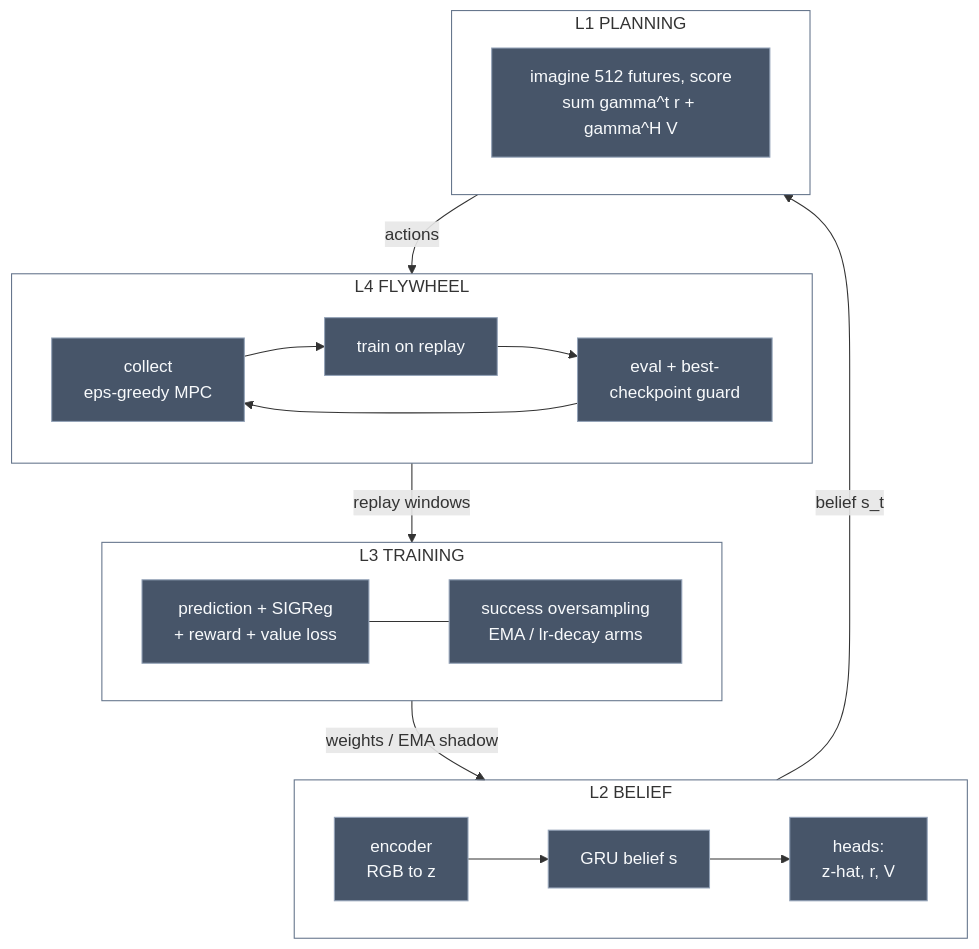
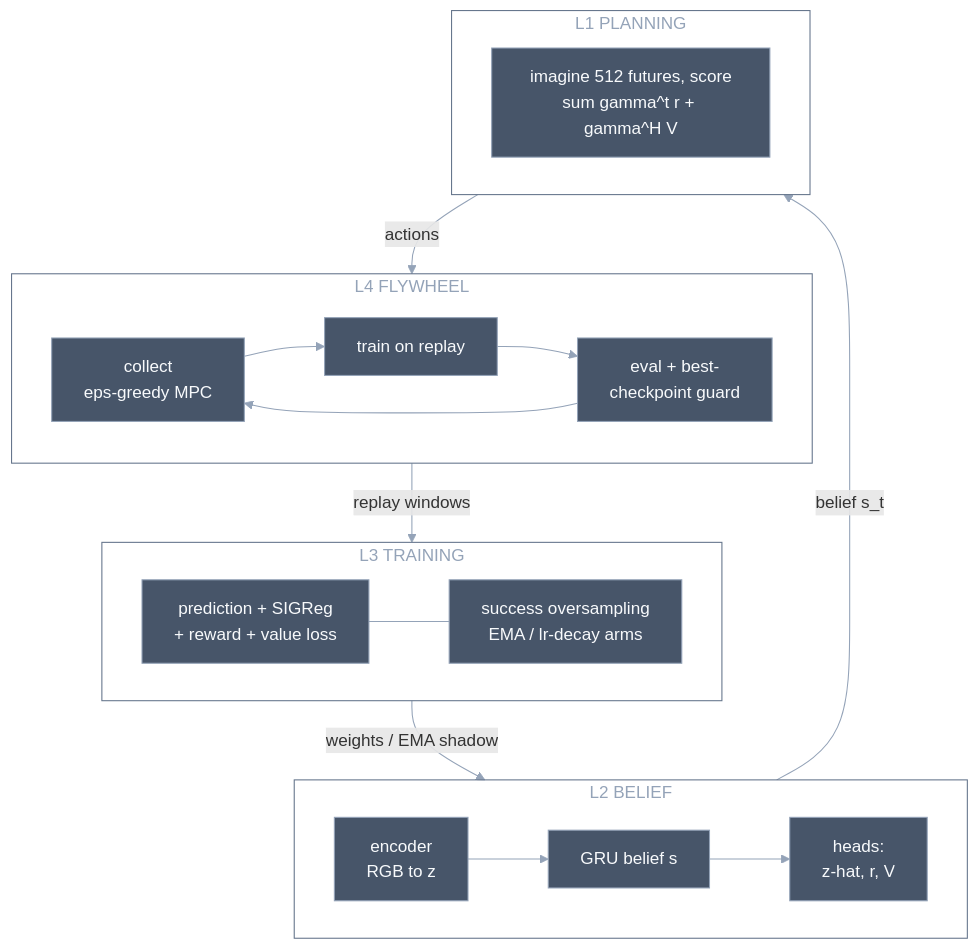
The diagram in knowledge/concepts/agent-architecture.md (davidverholen/world-model-lab), drawn with Mermaid before and after one commit.

Commit message:
mermaid: readable cluster titles + link color on dark backgrounds

````diff
--- a/knowledge/concepts/agent-architecture.md
+++ b/knowledge/concepts/agent-architecture.md
@@ -18,33 +18,34 @@
 ```mermaid
 flowchart TB
     subgraph L4["L4 FLYWHEEL"]
         direction LR
         collect["collect<br/>eps-greedy MPC"] --> trainstep["train on replay"] --> evalstep["eval + best-<br/>checkpoint guard"] --> collect
     end
 
     subgraph L3["L3 TRAINING"]
         direction LR
         loss["prediction + SIGReg<br/>+ reward + value loss"] --- tricks["success oversampling<br/>EMA / lr-decay arms"]
     end
 
     subgraph L2["L2 BELIEF"]
         direction LR
         enc["encoder<br/>RGB to z"] --> gru["GRU belief s"] --> heads["heads:<br/>z-hat, r, V"]
     end
 
     subgraph L1["L1 PLANNING"]
         cem["imagine 512 futures, score<br/>sum gamma^t r + gamma^H V"]
     end
 
     L4 -->|replay windows| L3
     L3 -->|weights / EMA shadow| L2
     L2 -->|belief s_t| L1
     L1 -->|actions| L4
 
     classDef box fill:#475569,stroke:#94a3b8,color:#f8fafc
     class collect,trainstep,evalstep,loss,tricks,enc,gru,heads,cem box
-    style L4 fill:none,stroke:#64748b
-    style L3 fill:none,stroke:#64748b
-    style L2 fill:none,stroke:#64748b
-    style L1 fill:none,stroke:#64748b
+    style L4 fill:none,stroke:#64748b,color:#94a3b8
+    style L3 fill:none,stroke:#64748b,color:#94a3b8
+    style L2 fill:none,stroke:#64748b,color:#94a3b8
+    style L1 fill:none,stroke:#64748b,color:#94a3b8
+    linkStyle default stroke:#94a3b8
 ```
````
